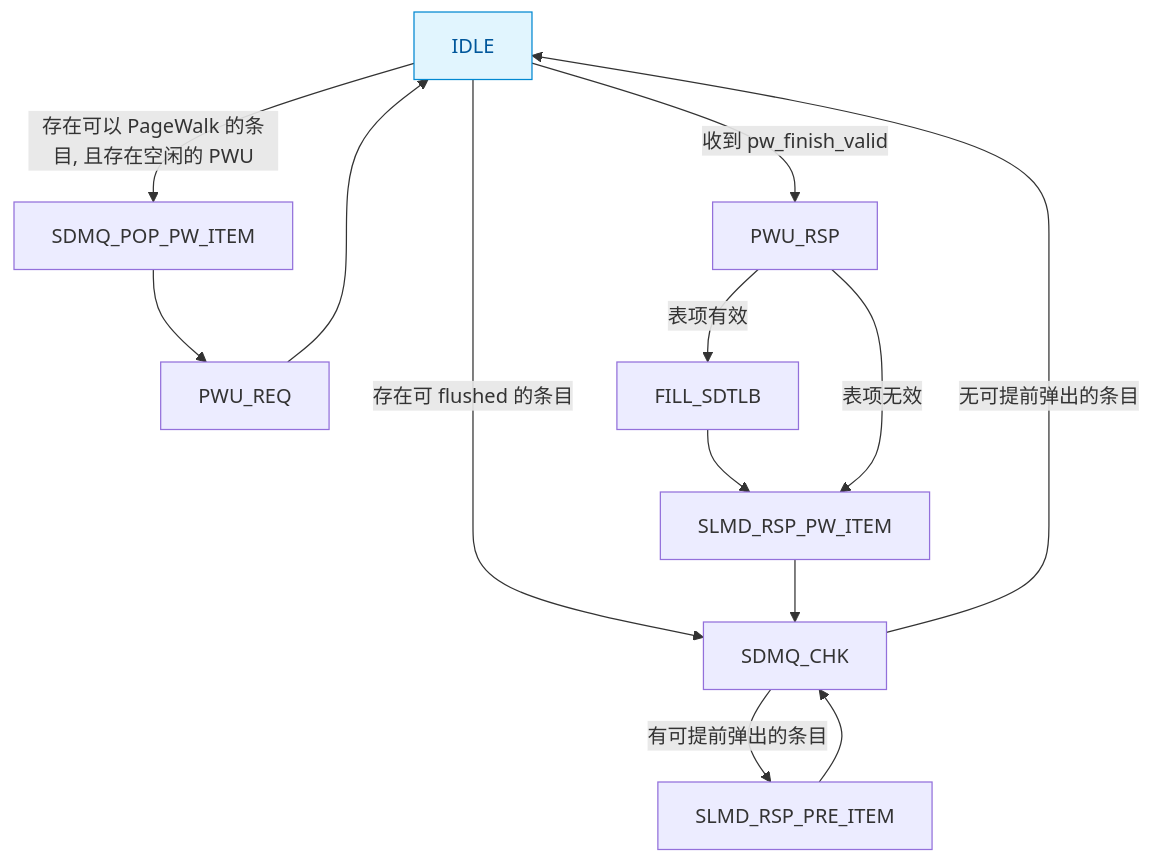
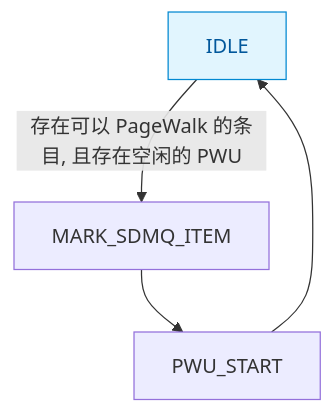
One commit to DuBirdFly/C1_SDecoder changed the third of 8 diagrams in doc/design_plan/SDecoder 设计方案 v1.0.md. Above: the diagram before and after it, drawn with Mermaid. The commit also changed other lines of this file, not shown here.

````diff
--- a/doc/design_plan/SDecoder 设计方案 v1.0.md
+++ b/doc/design_plan/SDecoder 设计方案 v1.0.md
@@ -303,18 +304,9 @@
 ```mermaid
 flowchart TD
     IDLE
-    IDLE -->|"存在可以 PageWalk 的条目, 且存在空闲的 PWU"| SDMQ_POP_PW_ITEM
-    IDLE -->|"存在可 flushed 的条目"| SDMQ_CHK
-    SDMQ_POP_PW_ITEM --> PWU_REQ
-    PWU_REQ --> IDLE
-    IDLE -->|"收到 pw_finish_valid"| PWU_RSP
-    PWU_RSP -->|"表项有效"| FILL_SDTLB
-    FILL_SDTLB --> SLMD_RSP_PW_ITEM
-    PWU_RSP -->|"表项无效"| SLMD_RSP_PW_ITEM
-    SLMD_RSP_PW_ITEM --> SDMQ_CHK
-    SDMQ_CHK -->|"有可提前弹出的条目"| SLMD_RSP_PRE_ITEM
-    SLMD_RSP_PRE_ITEM --> SDMQ_CHK
-    SDMQ_CHK -->|"无可提前弹出的条目"| IDLE
+    IDLE -->|"存在可以 PageWalk 的条目, 且存在空闲的 PWU"| MARK_SDMQ_ITEM
+    MARK_SDMQ_ITEM --> PWU_START
+    PWU_START --> IDLE
     classDef blue fill:#e1f5fe,stroke:#0288d1,color:#01579b
     class IDLE blue
 ```
````
